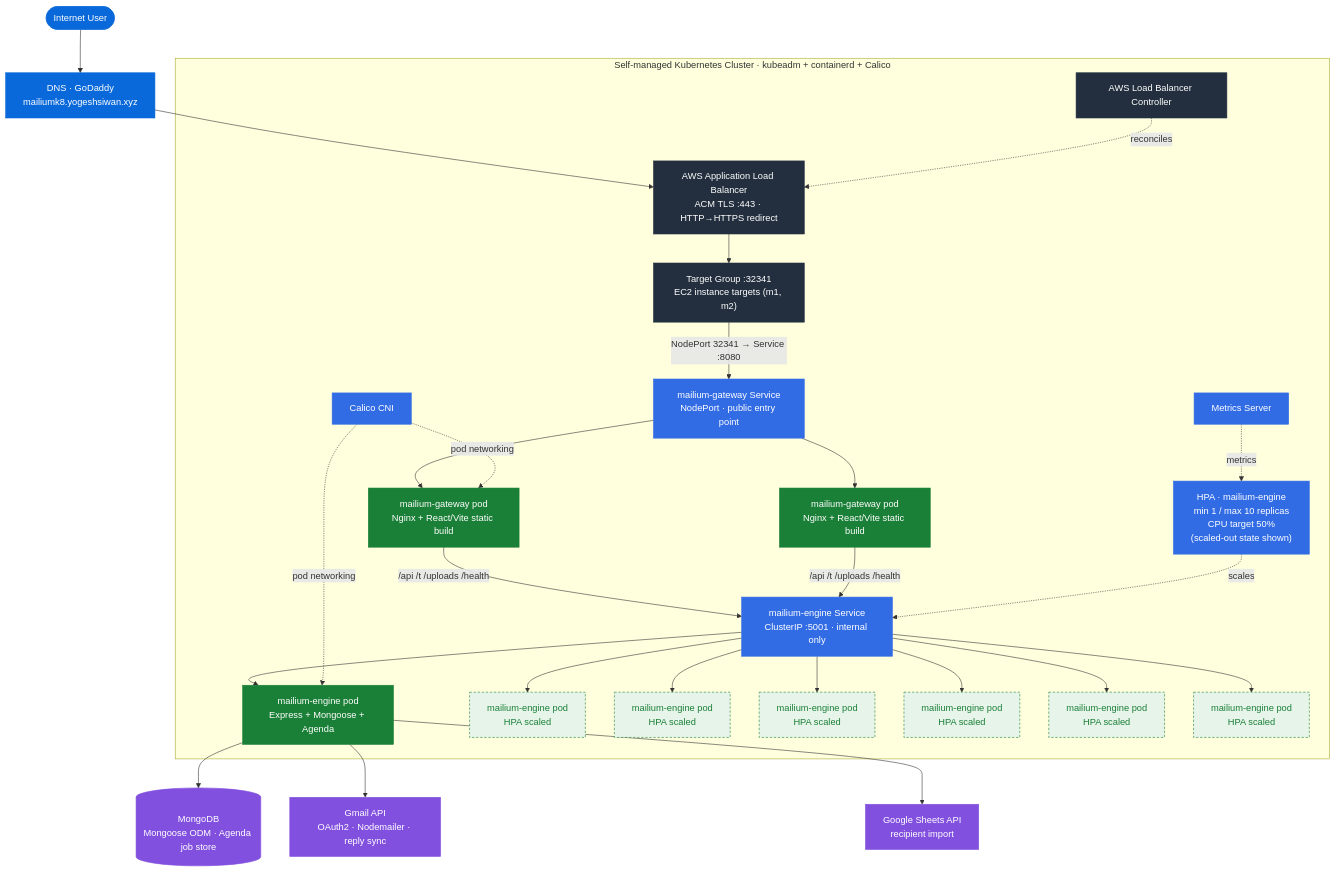
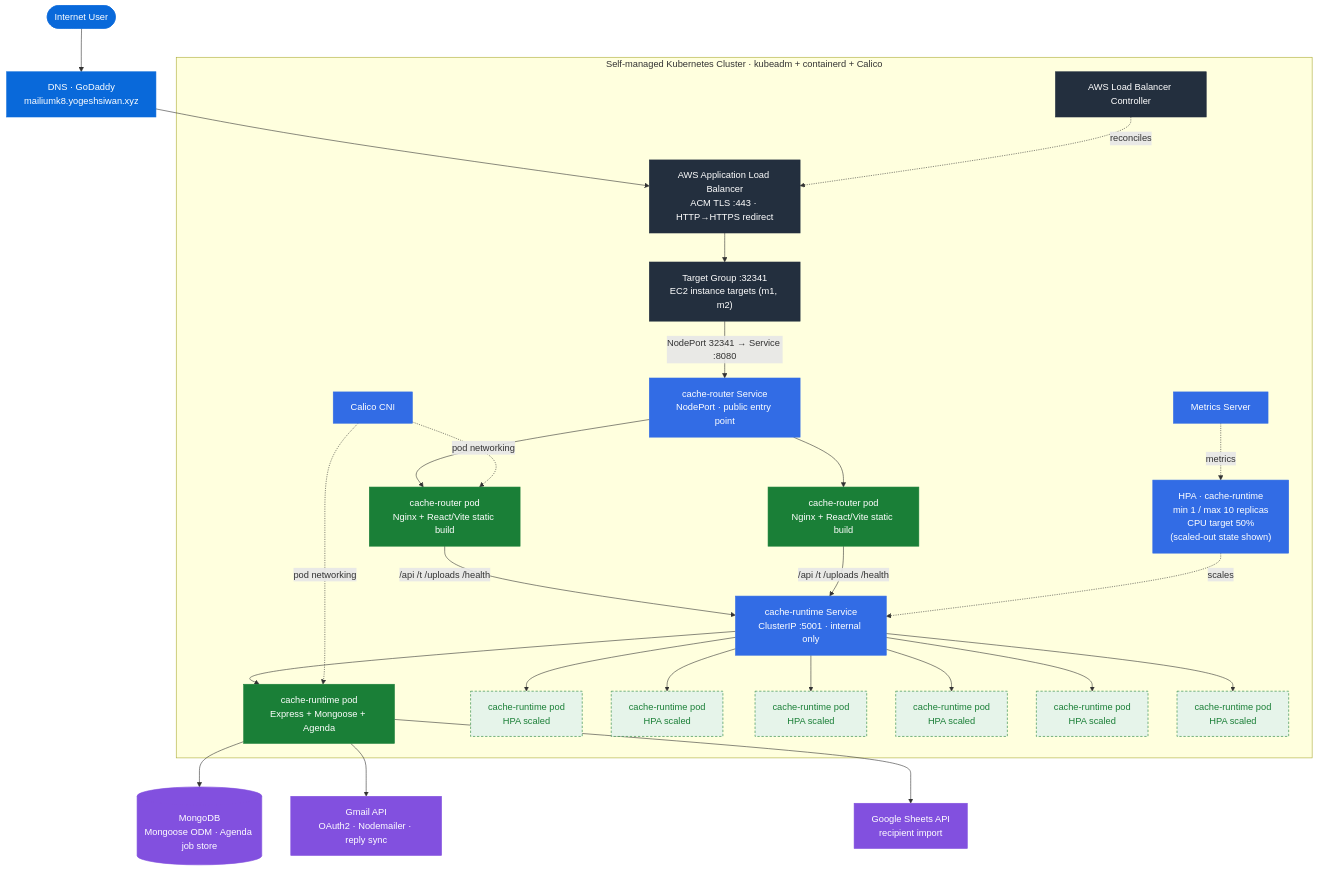
Before and after one commit to yogesiwan/mailium: the diagram in README.md, drawn with Mermaid. The commit also changed other lines of this file, not shown here.

````diff
--- a/README.md
+++ b/README.md
@@ -31,48 +80,48 @@
 ```mermaid
 flowchart TB
     user([Internet User]) --> dns["DNS · GoDaddy<br/>mailiumk8.yogeshsiwan.xyz"]
     dns --> alb["AWS Application Load Balancer<br/>ACM TLS :443 · HTTP→HTTPS redirect"]
     alb --> tg["Target Group :32341<br/>EC2 instance targets (m1, m2)"]
 
     subgraph cluster["Self-managed Kubernetes Cluster · kubeadm + containerd + Calico"]
-        tg -->|"NodePort 32341 → Service :8080"| gwSvc["mailium-gateway Service<br/>NodePort · public entry point"]
+        tg -->|"NodePort 32341 → Service :8080"| gwSvc["cache-router Service<br/>NodePort · public entry point"]
 
-        gwSvc --> gw1["mailium-gateway pod<br/>Nginx + React/Vite static build"]
-        gwSvc --> gw2["mailium-gateway pod<br/>Nginx + React/Vite static build"]
+        gwSvc --> gw1["cache-router pod<br/>Nginx + React/Vite static build"]
+        gwSvc --> gw2["cache-router pod<br/>Nginx + React/Vite static build"]
 
-        gw1 -->|"/api /t /uploads /health"| engSvc["mailium-engine Service<br/>ClusterIP :5001 · internal only"]
+        gw1 -->|"/api /t /uploads /health"| engSvc["cache-runtime Service<br/>ClusterIP :5001 · internal only"]
         gw2 -->|"/api /t /uploads /health"| engSvc
 
-        engSvc --> e1["mailium-engine pod<br/>Express + Mongoose + Agenda"]
-        engSvc --> e2["mailium-engine pod<br/>HPA scaled"]
-        engSvc --> e3["mailium-engine pod<br/>HPA scaled"]
-        engSvc --> e4["mailium-engine pod<br/>HPA scaled"]
-        engSvc --> e5["mailium-engine pod<br/>HPA scaled"]
-        engSvc --> e6["mailium-engine pod<br/>HPA scaled"]
-        engSvc --> e7["mailium-engine pod<br/>HPA scaled"]
+        engSvc --> e1["cache-runtime pod<br/>Express + Mongoose + Agenda"]
+        engSvc --> e2["cache-runtime pod<br/>HPA scaled"]
+        engSvc --> e3["cache-runtime pod<br/>HPA scaled"]
+        engSvc --> e4["cache-runtime pod<br/>HPA scaled"]
+        engSvc --> e5["cache-runtime pod<br/>HPA scaled"]
+        engSvc --> e6["cache-runtime pod<br/>HPA scaled"]
+        engSvc --> e7["cache-runtime pod<br/>HPA scaled"]
 
-        metrics["Metrics Server"] -. metrics .-> hpa["HPA · mailium-engine<br/>min 1 / max 10 replicas<br/>CPU target 50%<br/>(scaled-out state shown)"]
+        metrics["Metrics Server"] -. metrics .-> hpa["HPA · cache-runtime<br/>min 1 / max 10 replicas<br/>CPU target 50%<br/>(scaled-out state shown)"]
         hpa -. scales .-> engSvc
         lbc["AWS Load Balancer Controller"] -. reconciles .-> alb
         calico["Calico CNI"] -. pod networking .-> gw1
         calico -. pod networking .-> e1
     end
 
     e1 --> mongo[("MongoDB<br/>Mongoose ODM · Agenda job store")]
     e1 --> gmail["Gmail API<br/>OAuth2 · Nodemailer · reply sync"]
     e1 --> sheets["Google Sheets API<br/>recipient import"]
 
     classDef public fill:#0969DA,color:#fff,stroke:#0969DA
     classDef aws fill:#232F3E,color:#fff,stroke:#232F3E
     classDef k8s fill:#326CE5,color:#fff,stroke:#326CE5
     classDef app fill:#1a7f37,color:#fff,stroke:#1a7f37
     classDef scaled fill:#e6f4ea,color:#1a7f37,stroke:#1a7f37,stroke-width:1px,stroke-dasharray:4 3
     classDef data fill:#8250df,color:#fff,stroke:#8250df
 
     class user,dns public
     class alb,tg,lbc aws
     class gwSvc,engSvc,metrics,hpa,calico k8s
     class gw1,gw2,e1 app
     class e2,e3,e4,e5,e6,e7 scaled
     class mongo,gmail,sheets data
 ```
````
